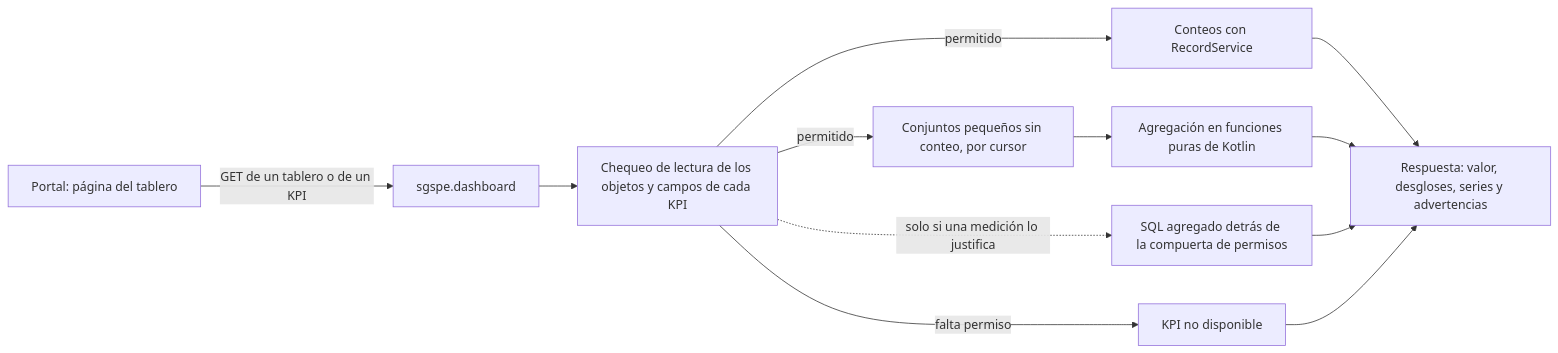
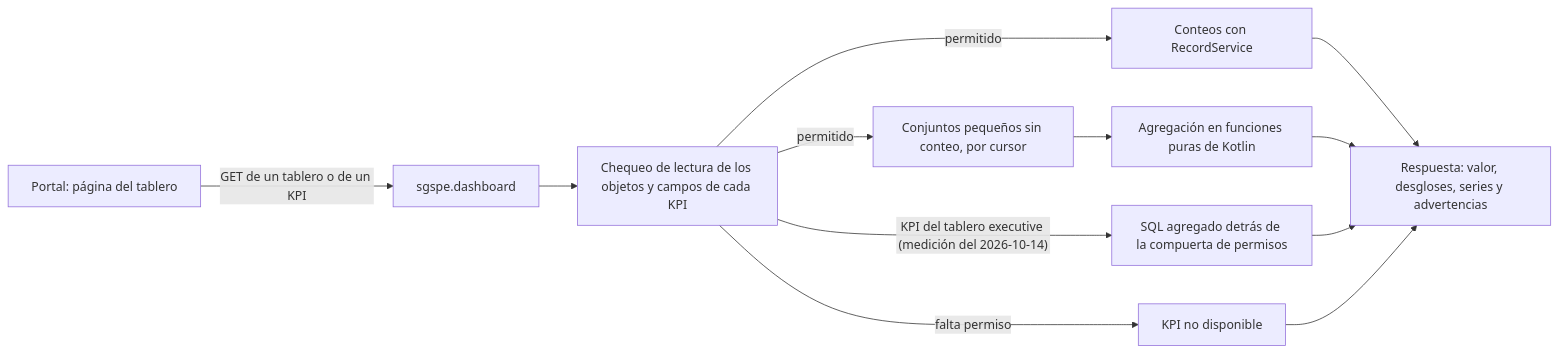
Before and after one commit to wasichai/sgspe: the second of 2 diagrams in docs/dashboards.md, drawn with Mermaid. The commit also changed other lines of this file and 3 other files, not shown here.

First line of the commit message:
docs: conteos en SQL de los KPI del tablero executive

````diff
--- a/docs/dashboards.md
+++ b/docs/dashboards.md
@@ -452,14 +455,14 @@
 ```mermaid
 flowchart LR
     UI["Portal: página del tablero"] -->|"GET de un tablero o de un KPI"| EP["sgspe.dashboard"]
     EP --> CHK["Chequeo de lectura de los objetos y campos de cada KPI"]
     CHK -->|"falta permiso"| ND["KPI no disponible"]
     CHK -->|"permitido"| CNT["Conteos con RecordService"]
     CHK -->|"permitido"| SET["Conjuntos pequeños sin conteo, por cursor"]
     SET --> AGG["Agregación en funciones puras de Kotlin"]
-    CHK -.->|"solo si una medición lo justifica"| SQL["SQL agregado detrás de la compuerta de permisos"]
+    CHK -->|"KPI del tablero executive (medición del 2026-10-14)"| SQL["SQL agregado detrás de la compuerta de permisos"]
     CNT --> RES["Respuesta: valor, desgloses, series y advertencias"]
     AGG --> RES
     SQL --> RES
     ND --> RES
 ```
````
